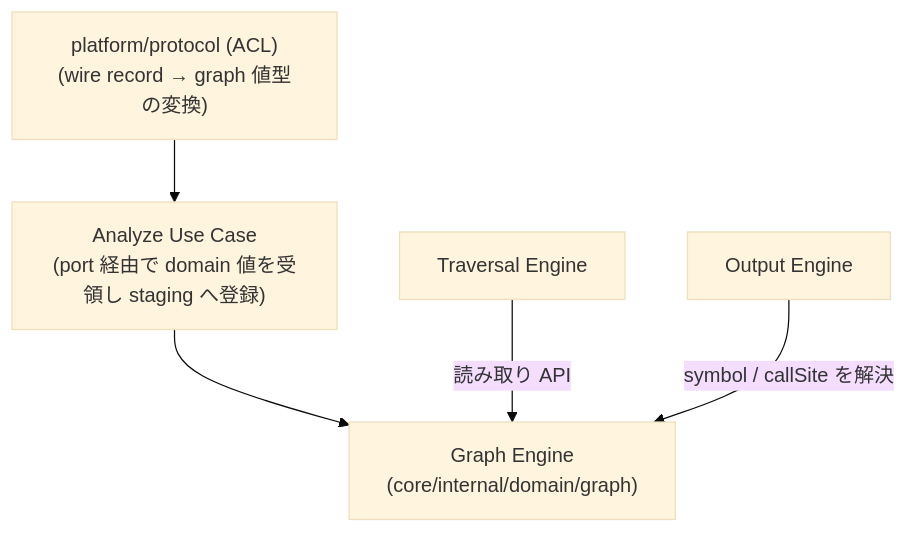
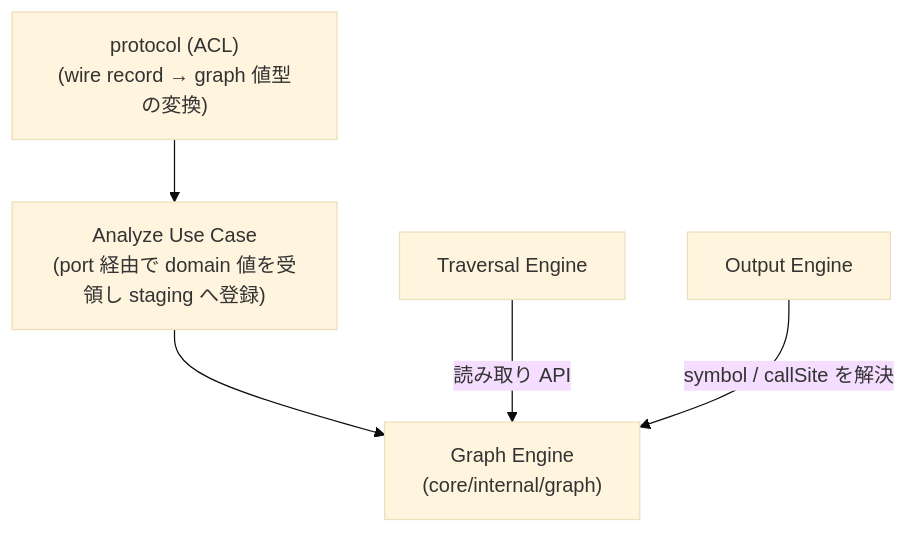
One commit to Fukuemon/depwalk changed the diagram in design/features/graph/DesignDoc_graph.md. Above: the diagram before and after it, drawn with Mermaid (base theme). The commit also changed other lines of this file and 10 other files, not shown here.

First line of the commit message:
docs(spec): #32 D8 — 層ディレクトリ物理化を撤回しフラット構成 + 生成依存図へ改訂 #32

````diff
--- a/design/features/graph/DesignDoc_graph.md
+++ b/design/features/graph/DesignDoc_graph.md
@@ -84,7 +84,7 @@
 ```mermaid
 flowchart TD
-    ACL["platform/protocol (ACL)<br/>(wire record → graph 値型の変換)"] --> UseCase["Analyze Use Case<br/>(port 経由で domain 値を受領し staging へ登録)"]
-    UseCase --> Graph["Graph Engine<br/>(core/internal/domain/graph)"]
+    ACL["protocol (ACL)<br/>(wire record → graph 値型の変換)"] --> UseCase["Analyze Use Case<br/>(port 経由で domain 値を受領し staging へ登録)"]
+    UseCase --> Graph["Graph Engine<br/>(core/internal/graph)"]
     Traversal["Traversal Engine"] -->|"読み取り API"| Graph
     Output["Output Engine"] -->|"symbol / callSite を解決"| Graph
 ```
````
